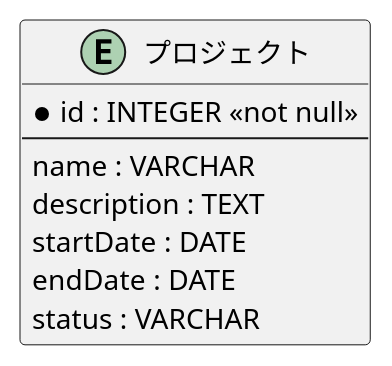
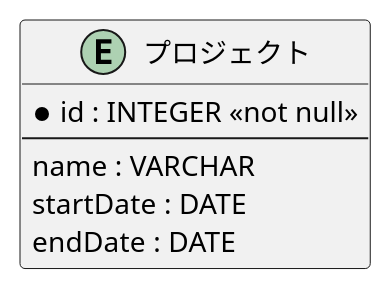
The diagram in .agents/guidelines/rdra/rdra-tm-phase3.guidelines.md (mizo432/modulith-learning), drawn with PlantUML before and after one commit. The commit also changed other lines of this file and 892 other files, not shown here.

````diff
--- a/.agents/guidelines/rdra/rdra-tm-phase3.guidelines.md
+++ b/.agents/guidelines/rdra/rdra-tm-phase3.guidelines.md
@@ -61,13 +44,9 @@
 ```plantuml
-@startuml
 entity "プロジェクト" as Project {
   * id : INTEGER <<not null>>
   --
   name : VARCHAR
-  description : TEXT
   startDate : DATE
   endDate : DATE
-  status : VARCHAR
 }
-@enduml
 ```
````
